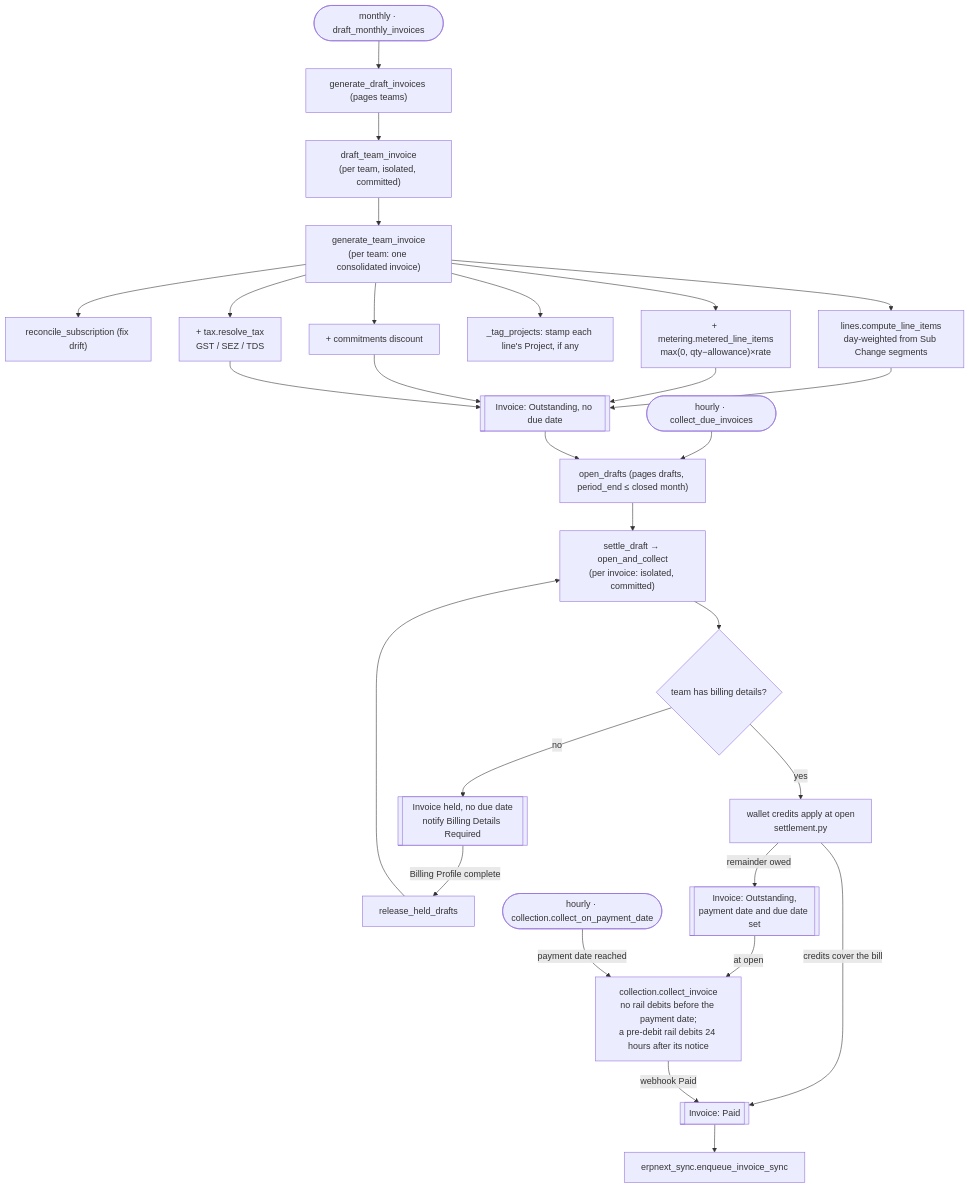
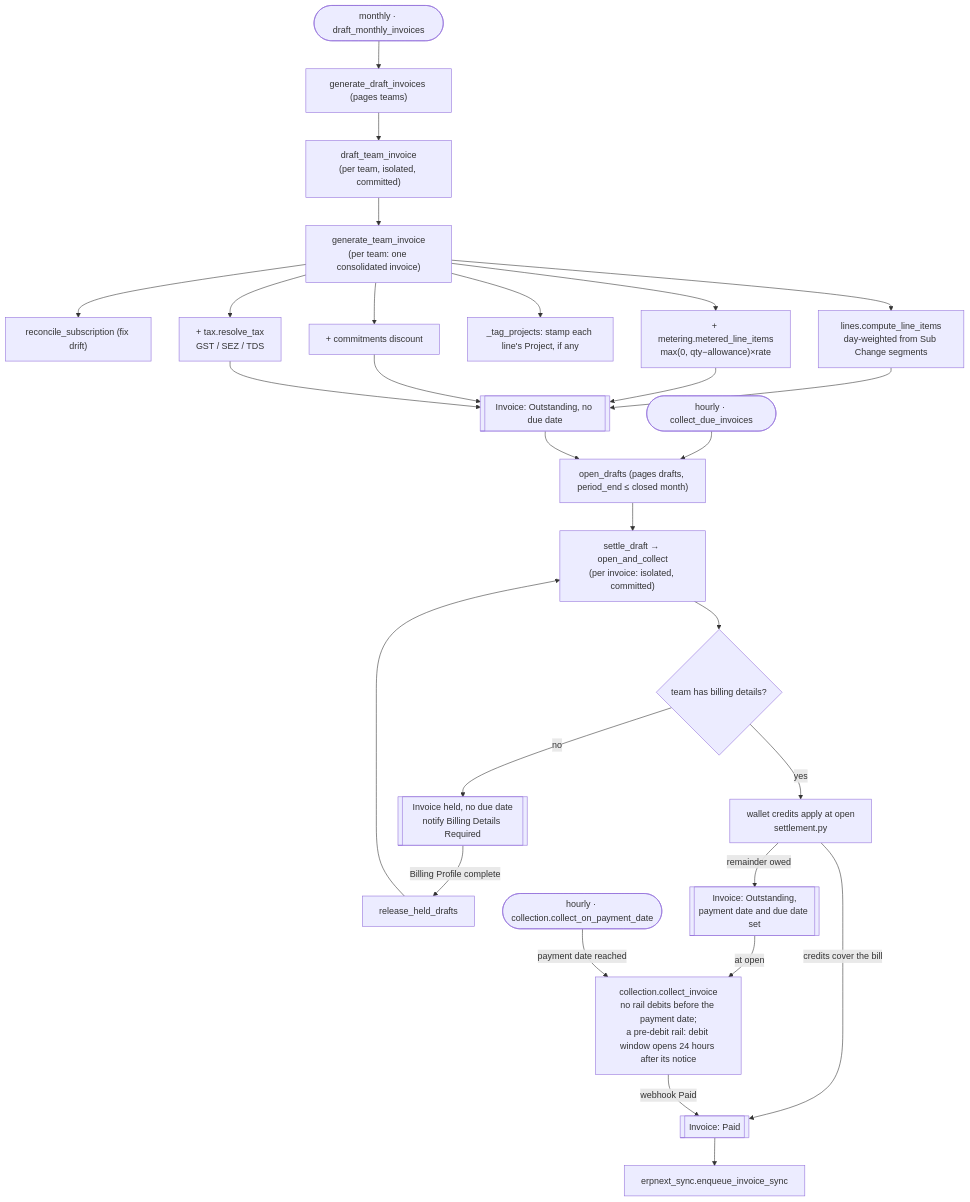
The fifth of 8 diagrams in central/billing/ARCHITECTURE.md (frappe/central), drawn with Mermaid before and after one commit. The commit also changed other lines of this file and 2 other files, not shown here.

Commit message:
docs(billing): state the pre-debit debit window the same way everywhere

````diff
--- a/central/billing/ARCHITECTURE.md
+++ b/central/billing/ARCHITECTURE.md
@@ -465,28 +465,28 @@
 ```mermaid
 flowchart TD
     TICK(["monthly · draft_monthly_invoices"]) --> GDI["generate_draft_invoices (pages teams)"]
     GDI --> DTI["draft_team_invoice<br/>(per team, isolated, committed)"]
     DTI --> GTI["generate_team_invoice<br/>(per team: one consolidated invoice)"]
     GTI --> RS["reconcile_subscription (fix drift)"]
     GTI --> LINES["lines.compute_line_items<br/>day-weighted from Sub Change segments"]
     GTI --> MET["+ metering.metered_line_items<br/>max(0, qty−allowance)×rate"]
     GTI --> TAG["_tag_projects: stamp each line's Project, if any"]
     GTI --> DISC["+ commitments discount"]
     GTI --> TAX["+ tax.resolve_tax<br/>GST / SEZ / TDS"]
     LINES & MET & DISC & TAX --> DRAFT[["Invoice: Outstanding, no due date"]]
 
     SWEEP(["hourly · collect_due_invoices"]) --> OD["open_drafts (pages drafts, period_end ≤ closed month)"]
     DRAFT --> OD
     OD --> OAC["settle_draft → open_and_collect<br/>(per invoice: isolated, committed)"]
     OAC --> HOLD{"team has billing details?"}
     HOLD -->|no| HELD[["Invoice held, no due date<br/>notify Billing Details Required"]]
     HELD -->|Billing Profile complete| REL["release_held_drafts"]
     REL --> OAC
     HOLD -->|yes| CR["wallet credits apply at open<br/>settlement.py"]
     CR -->|credits cover the bill| PAID[["Invoice: Paid"]]
     CR -->|remainder owed| OPEN[["Invoice: Outstanding,<br/>payment date and due date set"]]
-    OPEN -->|at open| CARD["collection.collect_invoice<br/>no rail debits before the payment date;<br/>a pre-debit rail debits 24 hours after its notice"]
+    OPEN -->|at open| CARD["collection.collect_invoice<br/>no rail debits before the payment date;<br/>a pre-debit rail: debit window opens 24 hours after its notice"]
     PDATE(["hourly · collection.collect_on_payment_date"]) -->|payment date reached| CARD
     CARD -->|webhook Paid| PAID
     PAID --> SYNC["erpnext_sync.enqueue_invoice_sync"]
 ```
````
